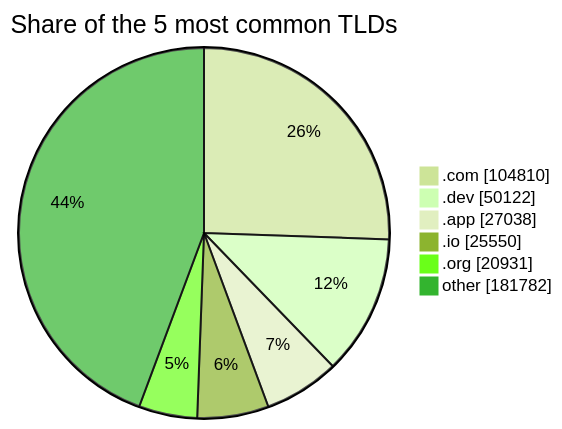
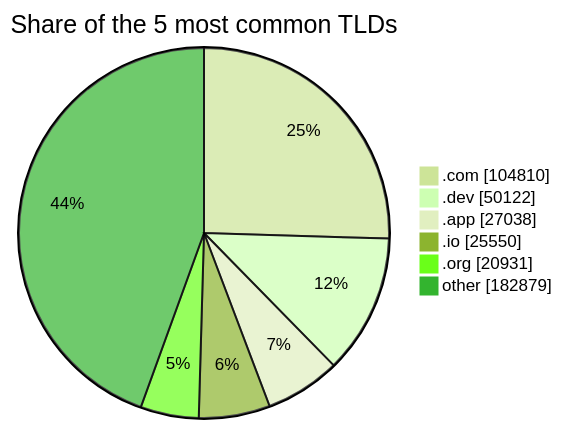
The third of 3 diagrams in README.md (DNSBunker/CTI), drawn with Mermaid (forest theme) before and after one commit. The commit also changed other lines of this file and 3 other files, not shown here.

````diff
--- a/README.md
+++ b/README.md
@@ -81,9 +81,9 @@
 ```mermaid
 pie showData title Share of the 5 most common TLDs
     ".com" : 104810
     ".dev" : 50122
     ".app" : 27038
     ".io" : 25550
     ".org" : 20931
-    "other" : 181782
+    "other" : 182879
 ```
````
